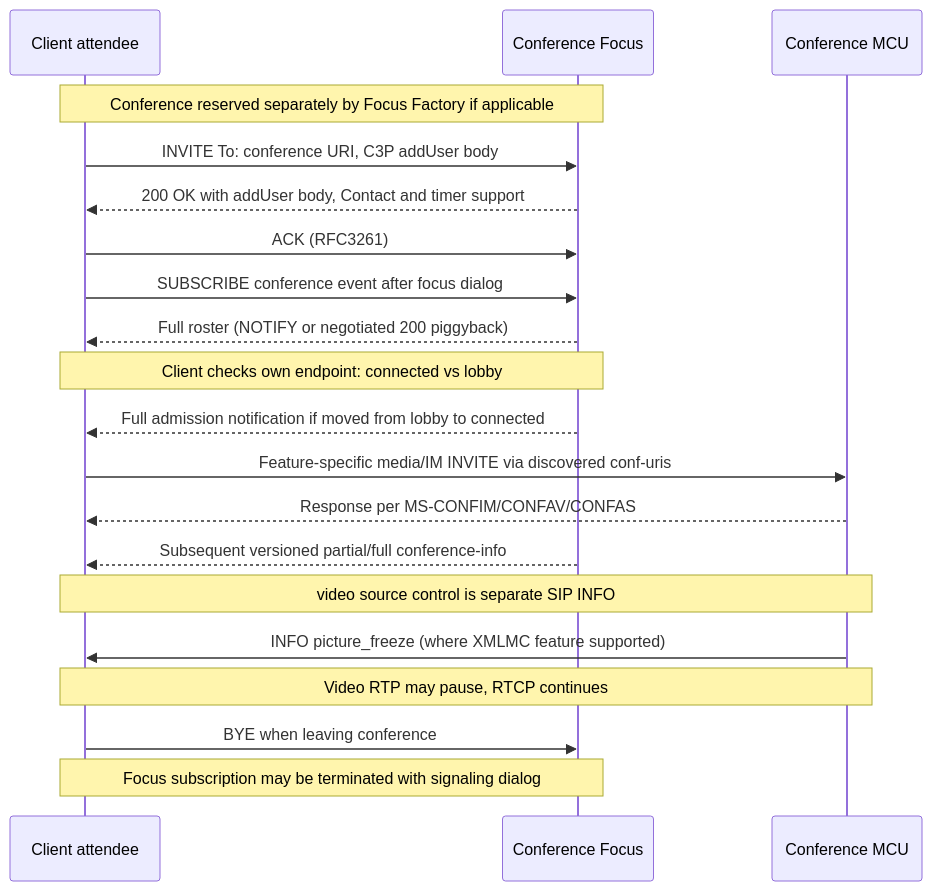
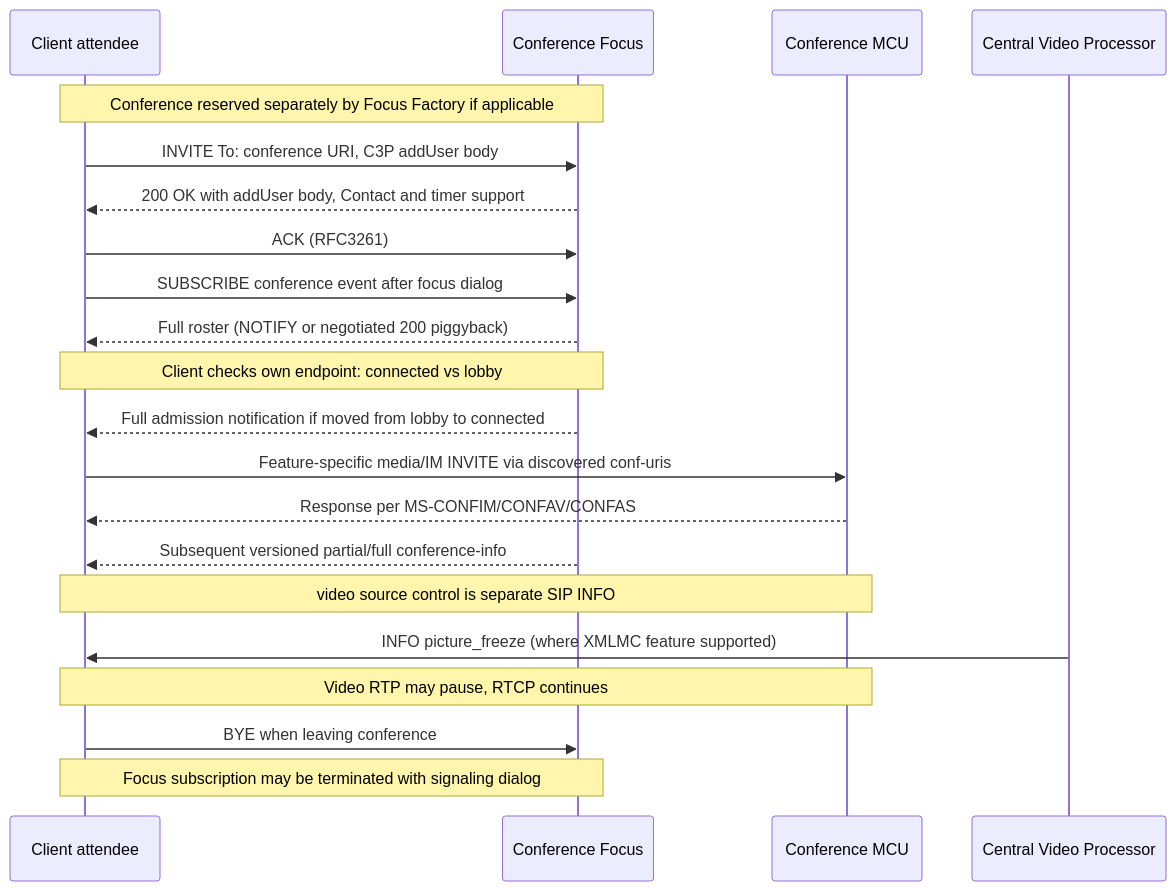
The first of 2 diagrams in docs/ms-confbas15-xmlmc10-focus-lobby-roster-video-control-2026-10-22.md (NelvinBHV/CommSCraft), drawn with Mermaid before and after one commit. The commit also changed other lines of this file, not shown here.

Commit message:
docs(research): clarify CVP vs MCU and endorseUser dialog-token trust boundary

````diff
--- a/docs/ms-confbas15-xmlmc10-focus-lobby-roster-video-control-2026-10-22.md
+++ b/docs/ms-confbas15-xmlmc10-focus-lobby-roster-video-control-2026-10-22.md
@@ -51,22 +55,23 @@
 ```mermaid
 sequenceDiagram
  participant C as Client attendee
  participant F as Conference Focus
  participant MCU as Conference MCU
+ participant CVP as Central Video Processor
  Note over C,F: Conference reserved separately by Focus Factory if applicable
  C->>F: INVITE To: conference URI, C3P addUser body
  F-->>C: 200 OK with addUser body, Contact and timer support
  C->>F: ACK (RFC3261)
  C->>F: SUBSCRIBE conference event after focus dialog
  F-->>C: Full roster (NOTIFY or negotiated 200 piggyback)
  Note over C,F: Client checks own endpoint: connected vs lobby
  F-->>C: Full admission notification if moved from lobby to connected
  C->>MCU: Feature-specific media/IM INVITE via discovered conf-uris
  MCU-->>C: Response per MS-CONFIM/CONFAV/CONFAS
  F-->>C: Subsequent versioned partial/full conference-info
  Note over C,MCU: video source control is separate SIP INFO
- MCU->>C: INFO picture_freeze (where XMLMC feature supported)
+ CVP->>C: INFO picture_freeze (where XMLMC feature supported)
  Note over C,MCU: Video RTP may pause, RTCP continues
  C->>F: BYE when leaving conference
  Note over F,C: Focus subscription may be terminated with signaling dialog
 ```
````
